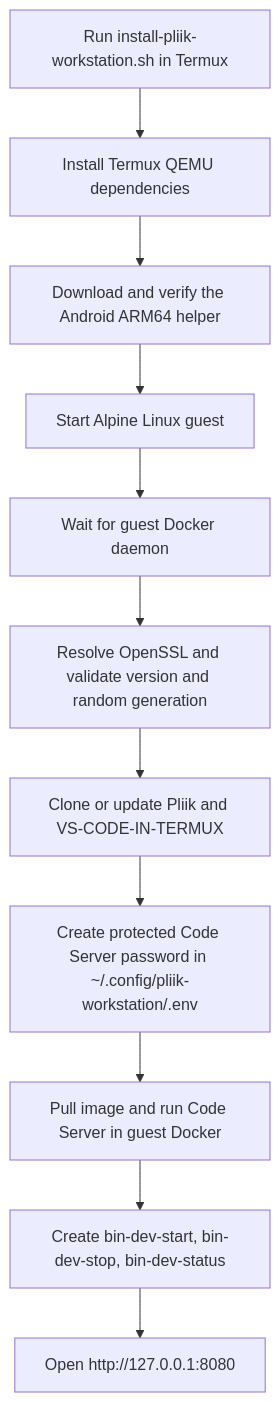
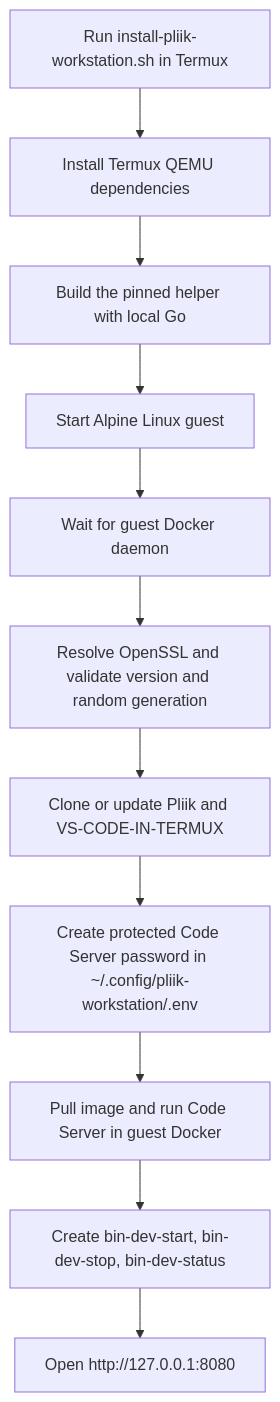
The second of 2 diagrams in ARCHITECTURE.md (mutualendemic/pliik), drawn with Mermaid before and after one commit. The commit also changed other lines of this file and 2 other files, not shown here.

Commit message:
Build QEMU helper with Android argument fix

````diff
--- a/ARCHITECTURE.md
+++ b/ARCHITECTURE.md
@@ -44,16 +44,16 @@
 ```mermaid
 flowchart TD
     Start[Run install-pliik-workstation.sh in Termux]
     Dependencies[Install Termux QEMU dependencies]
-    Helper[Download and verify the Android ARM64 helper]
+    Helper[Build the pinned helper with local Go]
     Guest[Start Alpine Linux guest]
     Docker[Wait for guest Docker daemon]
     OpenSSL[Resolve OpenSSL and validate version and random generation]
     Checkout[Clone or update Pliik and VS-CODE-IN-TERMUX]
     Secret[Create protected Code Server password in ~/.config/pliik-workstation/.env]
     Deploy[Pull image and run Code Server in guest Docker]
     Commands[Create bin-dev-start, bin-dev-stop, bin-dev-status]
     Ready[Open http://127.0.0.1:8080]
 
     Start --> Dependencies --> Helper --> Guest --> Docker --> OpenSSL --> Checkout --> Secret --> Deploy --> Commands --> Ready
 ```
````
